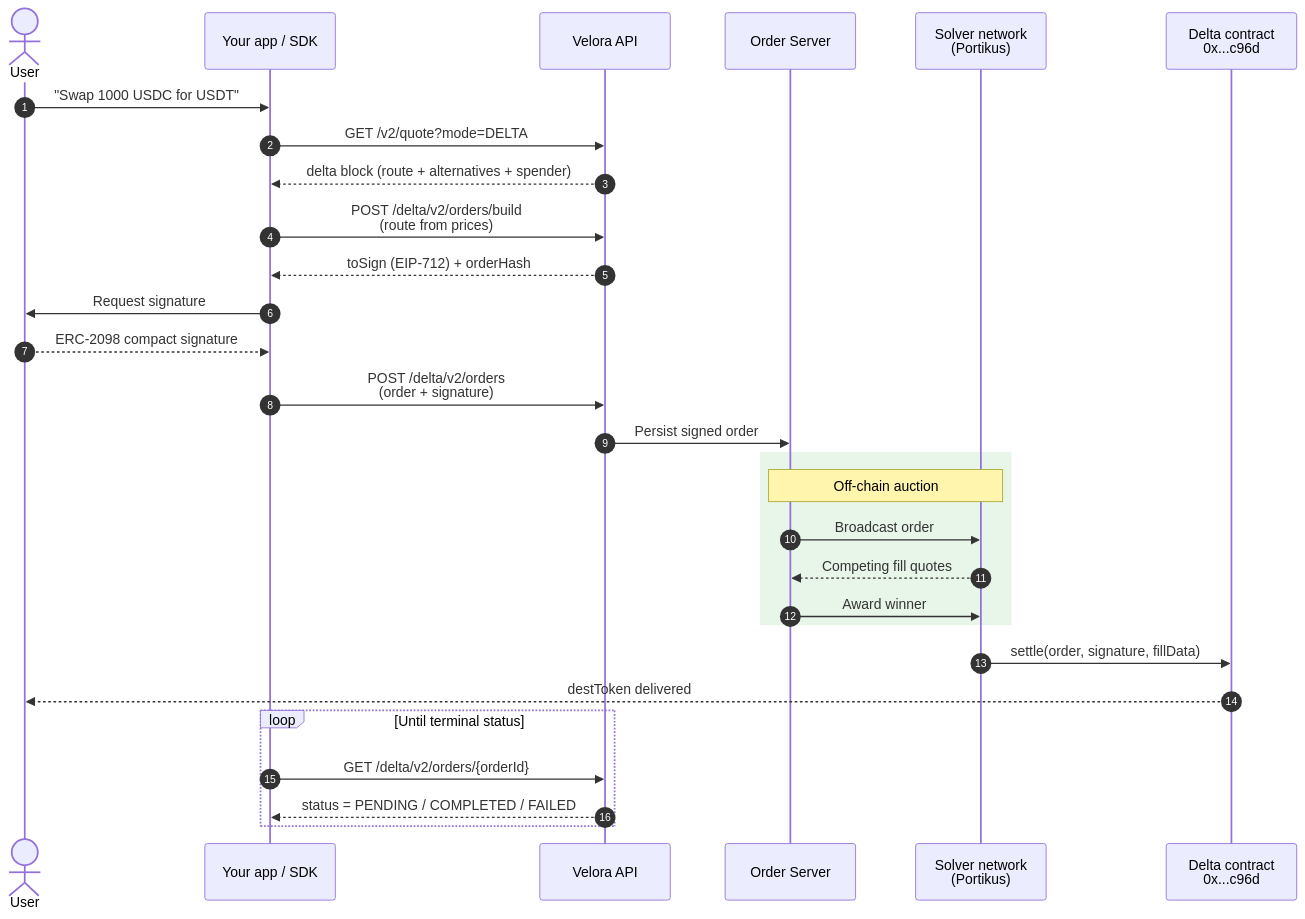
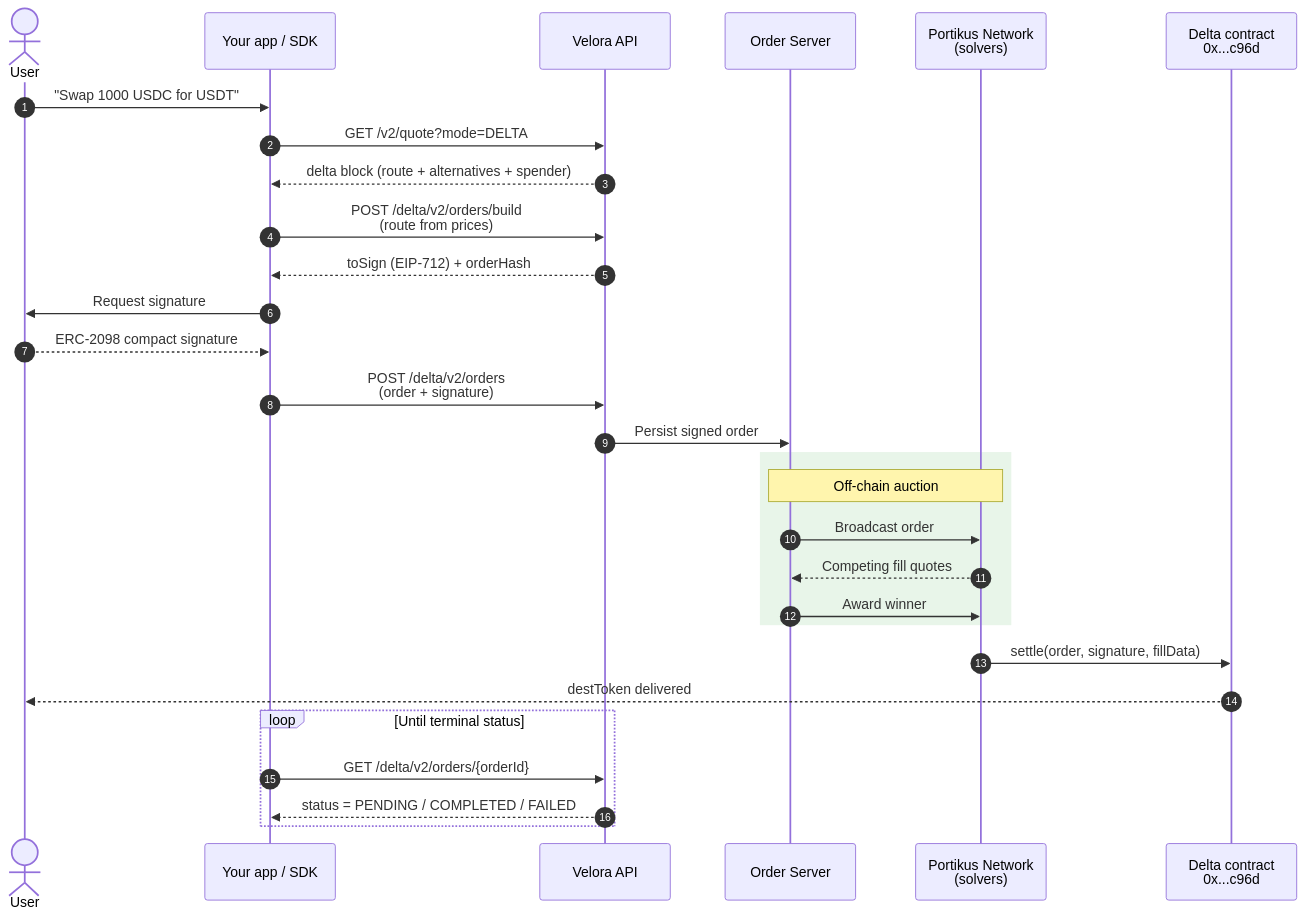
The diagram in delta/how-it-works.mdx (VeloraDEX/docs), drawn with Mermaid before and after one commit. The commit also changed other lines of this file and 4 other files, not shown here.

Commit message:
docs: add solver network pages and link Delta flow to them

````diff
--- a/delta/how-it-works.mdx
+++ b/delta/how-it-works.mdx
@@ -11,38 +11,38 @@
 ```mermaid
 sequenceDiagram
   autonumber
   actor User
   participant DApp as Your app / SDK
   participant API as Velora API
   participant OS as Order Server
-  participant Solvers as Solver network<br/>(Portikus)
+  participant Solvers as Portikus Network<br/>(solvers)
   participant Delta as Delta contract<br/>0x...c96d
 
   User->>DApp: "Swap 1000 USDC for USDT"
   DApp->>API: GET /v2/quote?mode=DELTA
   API-->>DApp: delta block (route + alternatives + spender)
 
   DApp->>API: POST /delta/v2/orders/build<br/>(route from prices)
   API-->>DApp: toSign (EIP-712) + orderHash
 
   DApp->>User: Request signature
   User-->>DApp: ERC-2098 compact signature
 
   DApp->>API: POST /delta/v2/orders<br/>(order + signature)
   API->>OS: Persist signed order
 
   rect rgb(232, 245, 233)
     note over OS,Solvers: Off-chain auction
     OS->>Solvers: Broadcast order
     Solvers-->>OS: Competing fill quotes
     OS->>Solvers: Award winner
   end
 
   Solvers->>Delta: settle(order, signature, fillData)
   Delta-->>User: destToken delivered
 
   loop Until terminal status
     DApp->>API: GET /delta/v2/orders/{orderId}
     API-->>DApp: status = PENDING / COMPLETED / FAILED
   end
 ```
````
